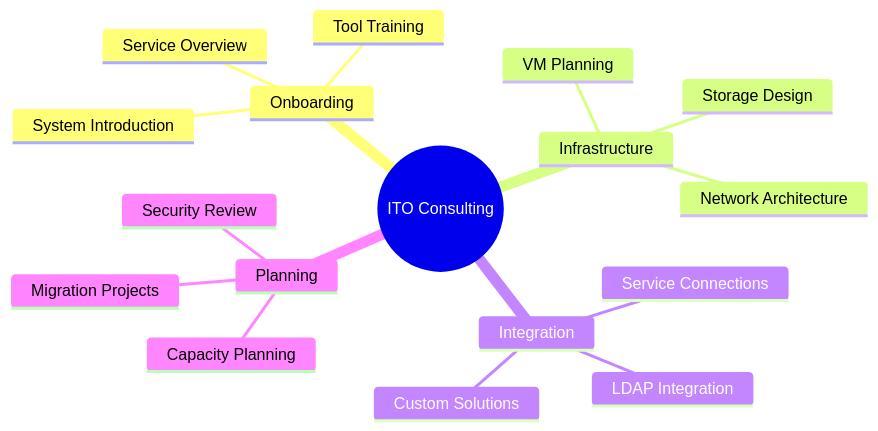
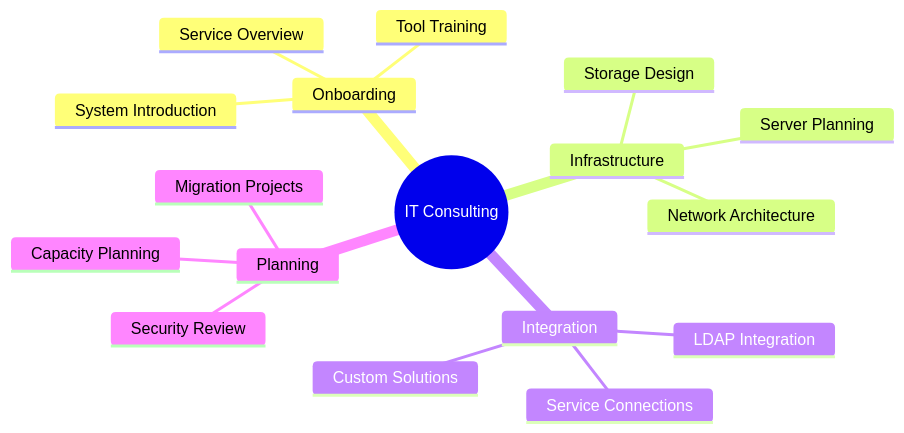
The second of 3 diagrams in en/chapters/07-support-resources.qmd (jtimo/tum-ito-admin-guide), drawn with Mermaid before and after one commit. The commit also changed other lines of this file and 21 other files, not shown here.

````diff
--- a/en/chapters/07-support-resources.qmd
+++ b/en/chapters/07-support-resources.qmd
@@ -73,21 +74,21 @@
 ```{mermaid}
 %%| fig-cap: "Consulting Services Available"
 mindmap
-    root((ITO Consulting))
+    root((IT Consulting))
         Onboarding
             System Introduction
             Tool Training
             Service Overview
         Infrastructure
-            VM Planning
+            Server Planning
             Storage Design
             Network Architecture
         Integration
             LDAP Integration
             Service Connections
             Custom Solutions
         Planning
             Capacity Planning
             Migration Projects
             Security Review
 ```
````
